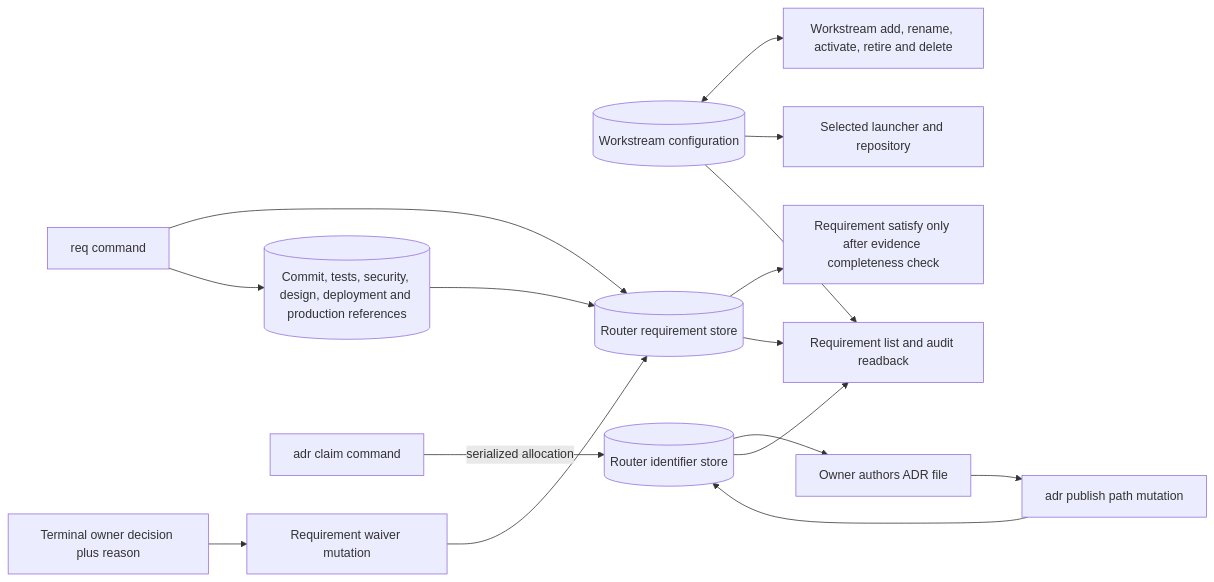
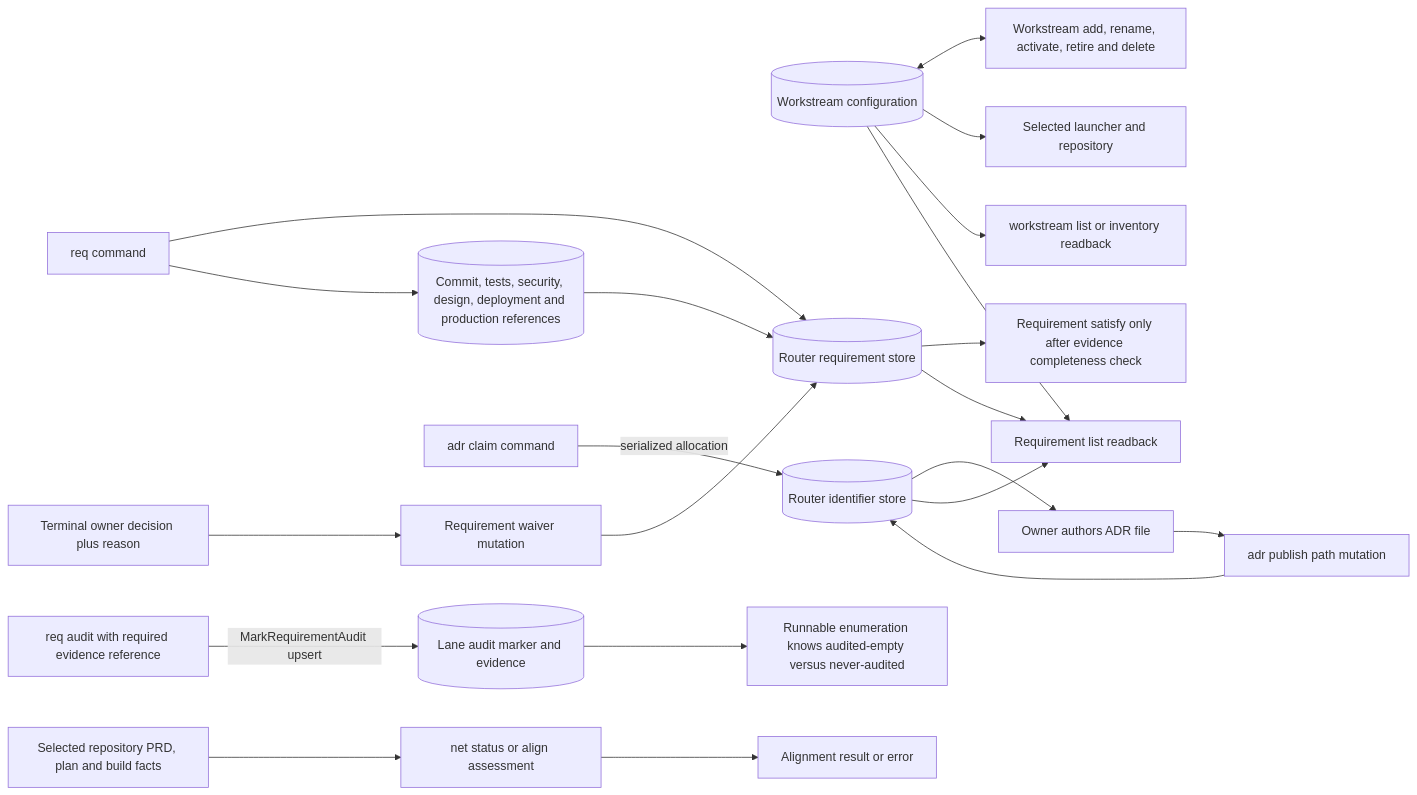
Diagram 23 of 45 in docs/stacklab/pantheon-pt/canon/DIAGRAMS_PRODUCT_OPERATIONS.md (SirsiMaster/sirsi-pantheon), drawn with Mermaid before and after one commit. The commit also changed other lines of this file, not shown here.

````diff
--- a/docs/stacklab/pantheon-pt/canon/DIAGRAMS_PRODUCT_OPERATIONS.md
+++ b/docs/stacklab/pantheon-pt/canon/DIAGRAMS_PRODUCT_OPERATIONS.md
@@ -650,18 +676,23 @@
 ```mermaid
 flowchart LR
   WS[(Workstream configuration)] <--> CRUD[Workstream add, rename, activate, retire and delete]
   WS --> LAUNCH[Selected launcher and repository]
   REQCMD[req command] --> REQSTORE[(Router requirement store)]
   REQCMD --> EV[(Commit, tests, security, design, deployment and production references)]
   EV --> REQSTORE
   REQSTORE --> SAT[Requirement satisfy only after evidence completeness check]
   OWNER[Terminal owner decision plus reason] --> WAIVE[Requirement waiver mutation]
   WAIVE --> REQSTORE
   ADRCMD[adr claim command] -->|serialized allocation| ADRSTORE[(Router identifier store)]
   ADRSTORE --> DOC[Owner authors ADR file]
   DOC --> ADRPUB[adr publish path mutation]
   ADRPUB --> ADRSTORE
-  REQSTORE --> READ[Requirement list and audit readback]
+  REQSTORE --> READ[Requirement list readback]
+  AUDITCMD[req audit with required evidence reference] -->|MarkRequirementAudit upsert| AUDITSTORE[(Lane audit marker and evidence)]
+  AUDITSTORE --> ELIGIBILITY[Runnable enumeration knows audited-empty versus never-audited]
+  PRD[Selected repository PRD, plan and build facts] --> NEITH[net status or align assessment]
+  NEITH --> ALIGN[Alignment result or error]
+  WS --> WSLIST[workstream list or inventory readback]
   ADRSTORE --> READ
   WS --> READ
 ```
````
